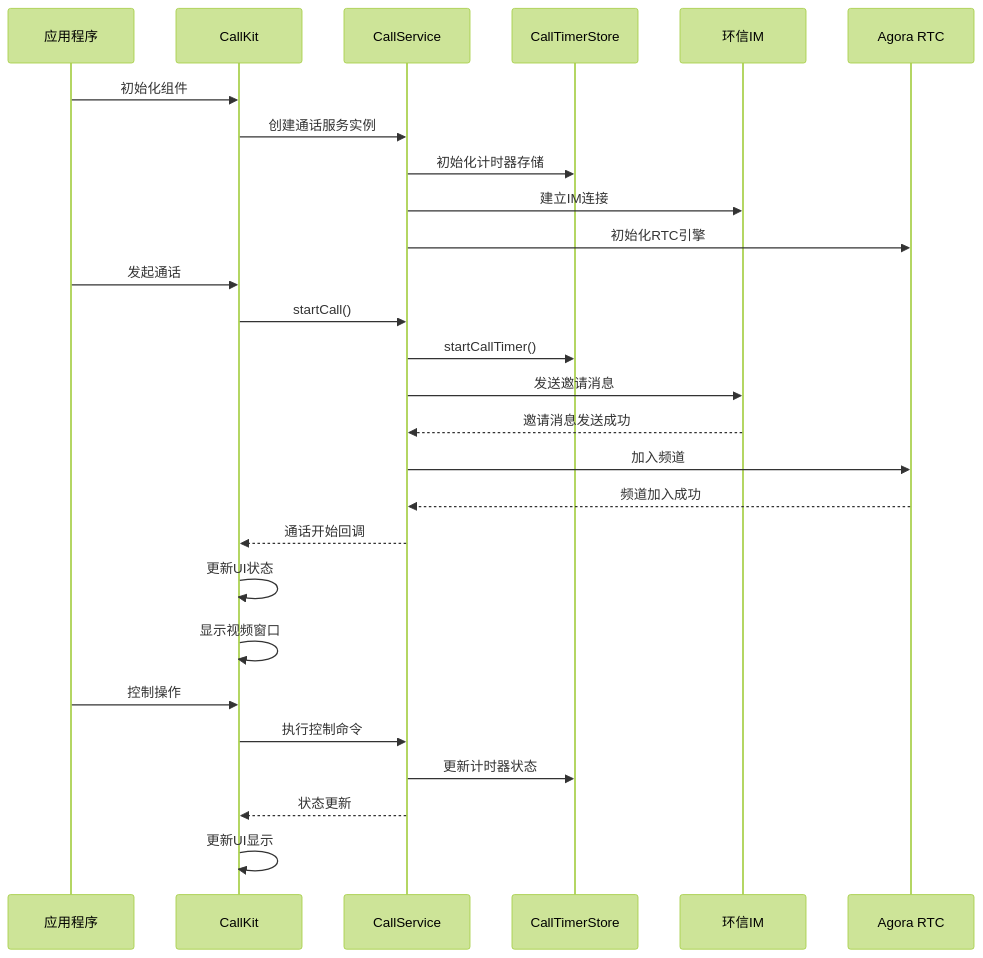
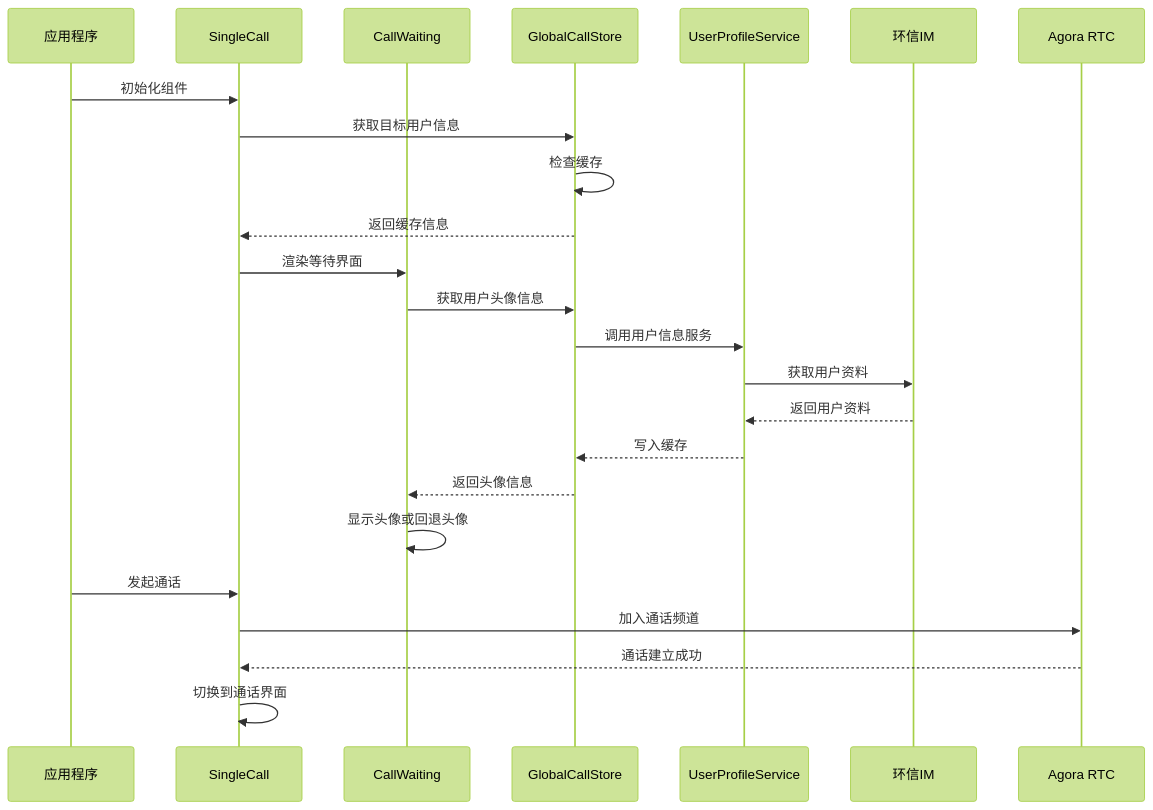
One commit to Easemob-Community/easemob-uikit-callkit-vue3 changed the third of 11 diagrams in .qoder/repowiki/zh/content/核心组件/单人通话组件/单人通话组件.md. Above: the diagram before and after it, drawn with Mermaid (forest theme). The commit also changed other lines of this file and 58 other files, not shown here.

````diff
--- a/.qoder/repowiki/zh/content/核心组件/单人通话组件/单人通话组件.md
+++ b/.qoder/repowiki/zh/content/核心组件/单人通话组件/单人通话组件.md
@@ -151,29 +226,26 @@
 ```mermaid
 sequenceDiagram
 participant App as 应用程序
-participant CK as CallKit
-participant CS as CallService
-participant CTS as CallTimerStore
+participant SC as SingleCall
+participant CW as CallWaiting
+participant GCS as GlobalCallStore
+participant UPS as UserProfileService
 participant IM as 环信IM
 participant RTC as Agora RTC
-App->>CK : 初始化组件
-CK->>CS : 创建通话服务实例
-CS->>CTS : 初始化计时器存储
-CS->>IM : 建立IM连接
-CS->>RTC : 初始化RTC引擎
-App->>CK : 发起通话
-CK->>CS : startCall()
-CS->>CTS : startCallTimer()
-CS->>IM : 发送邀请消息
-IM-->>CS : 邀请消息发送成功
-CS->>RTC : 加入频道
-RTC-->>CS : 频道加入成功
-CS-->>CK : 通话开始回调
-CK->>CK : 更新UI状态
-CK->>CK : 显示视频窗口
-App->>CK : 控制操作
-CK->>CS : 执行控制命令
-CS->>CTS : 更新计时器状态
-CS-->>CK : 状态更新
-CK->>CK : 更新UI显示
+App->>SC : 初始化组件
+SC->>GCS : 获取目标用户信息
+GCS->>GCS : 检查缓存
+GCS-->>SC : 返回缓存信息
+SC->>CW : 渲染等待界面
+CW->>GCS : 获取用户头像信息
+GCS->>UPS : 调用用户信息服务
+UPS->>IM : 获取用户资料
+IM-->>UPS : 返回用户资料
+UPS-->>GCS : 写入缓存
+GCS-->>CW : 返回头像信息
+CW->>CW : 显示头像或回退头像
+App->>SC : 发起通话
+SC->>RTC : 加入通话频道
+RTC-->>SC : 通话建立成功
+SC->>SC : 切换到通话界面
 ```
````
